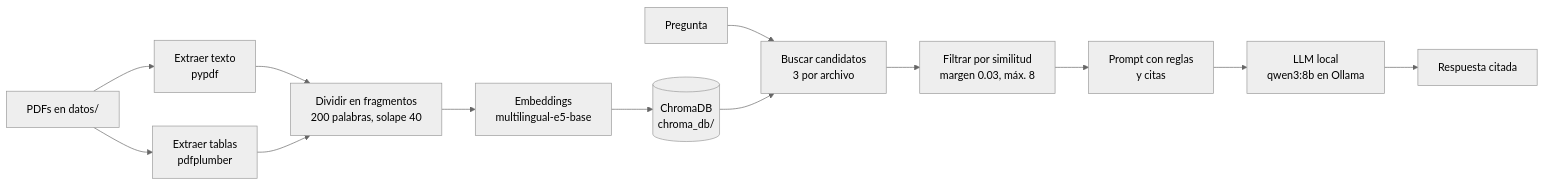
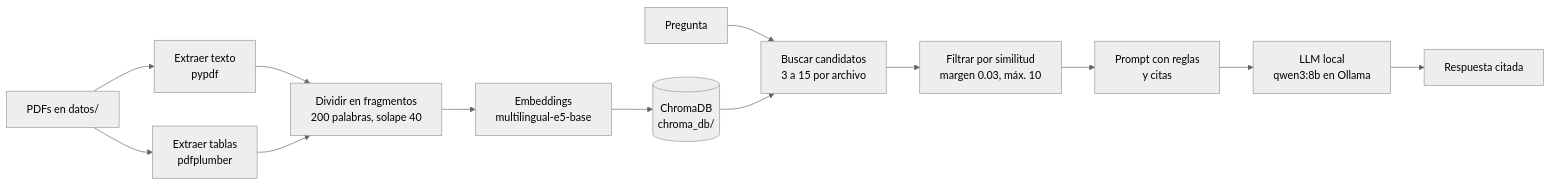
Before and after one commit to loz-perez/NeuroClerk: the diagram in README.md, drawn with Mermaid (neutral theme). The commit also changed other lines of this file and 1 other file, not shown here.

Commit message:
Tablas por filas y categorías, cupo proporcional. Tabla 7/7

````diff
--- a/README.md
+++ b/README.md
@@ -13,15 +11,15 @@
 ```mermaid
 flowchart LR
     A[PDFs en datos/] --> B[Extraer texto<br/>pypdf]
     A --> C[Extraer tablas<br/>pdfplumber]
     B --> D[Dividir en fragmentos<br/>200 palabras, solape 40]
     C --> D
     D --> E[Embeddings<br/>multilingual-e5-base]
     E --> F[(ChromaDB<br/>chroma_db/)]
-    P[Pregunta] --> G[Buscar candidatos<br/>3 por archivo]
+    P[Pregunta] --> G[Buscar candidatos<br/>3 a 15 por archivo]
     F --> G
-    G --> H[Filtrar por similitud<br/>margen 0.03, máx. 8]
+    G --> H[Filtrar por similitud<br/>margen 0.03, máx. 10]
     H --> I[Prompt con reglas<br/>y citas]
     I --> J[LLM local<br/>qwen3:8b en Ollama]
     J --> R[Respuesta citada]
 ```
````
